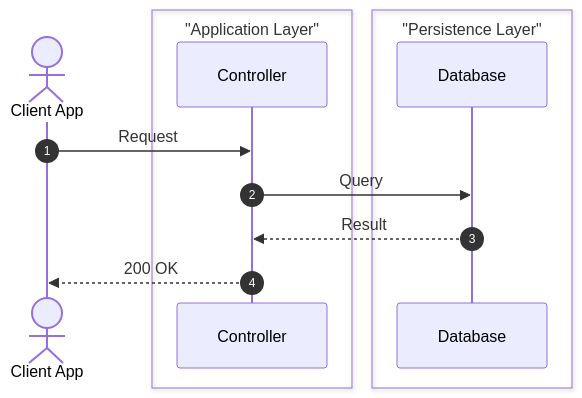
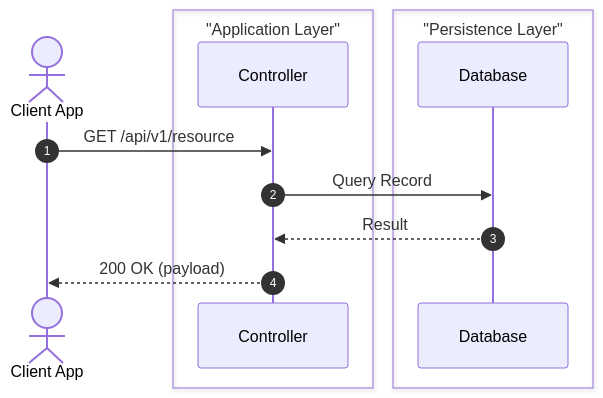
Before and after one commit to hanifalkauni/uml-architect: the diagram in evaluations/TEMPLATE_FEEDBACK.md, drawn with Mermaid. The commit also changed other lines of this file, not shown here.

````diff
--- a/evaluations/TEMPLATE_FEEDBACK.md
+++ b/evaluations/TEMPLATE_FEEDBACK.md
@@ -81,16 +83,16 @@
 ```mermaid
 sequenceDiagram
     autonumber
     actor Client as Client App
     box "Application Layer" #1e293b
         participant Ctrl as Controller
     end
     box "Persistence Layer" #0f172a
         participant DB as Database
     end
 
-    Client->>Ctrl: Request
-    Ctrl->>DB: Query
+    Client->>Ctrl: GET /api/v1/resource
+    Ctrl->>DB: Query Record
     DB-->>Ctrl: Result
-    Ctrl-->>Client: 200 OK
+    Ctrl-->>Client: 200 OK (payload)
 ```
````
